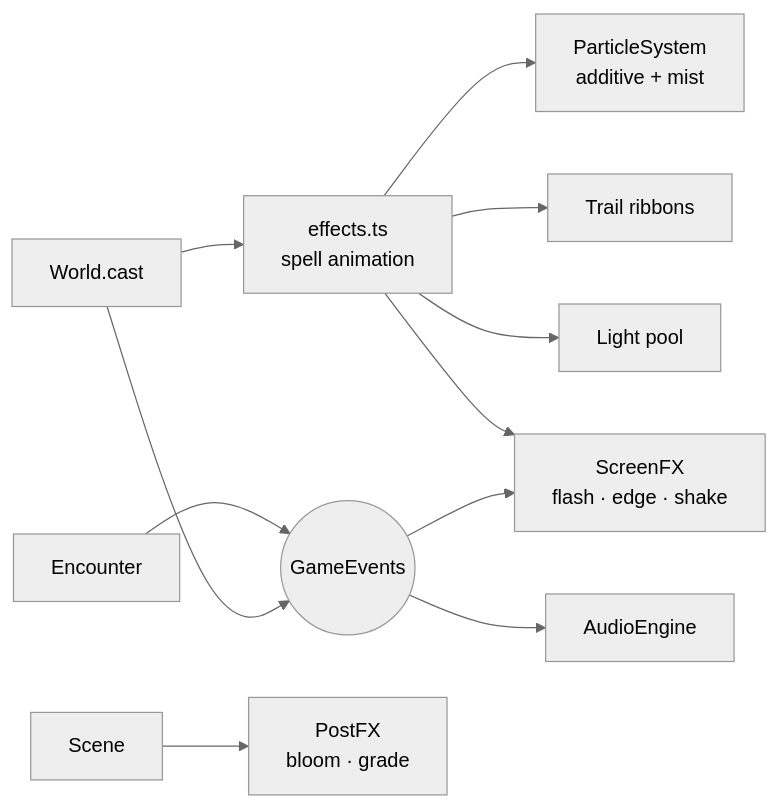
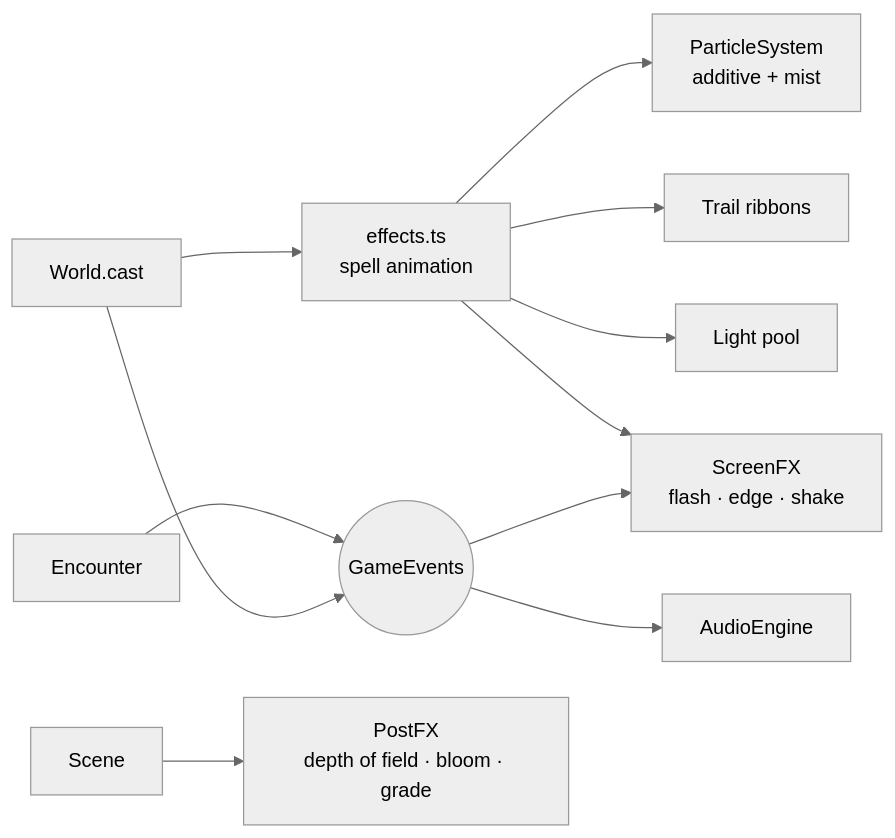
One commit to rishabh4884/ARcane changed the second of 2 diagrams in docs/ARCHITECTURE.md. Above: the diagram before and after it, drawn with Mermaid (neutral theme). The commit also changed other lines of this file and 9 other files, not shown here.

````diff
--- a/docs/ARCHITECTURE.md
+++ b/docs/ARCHITECTURE.md
@@ -76,13 +76,13 @@
 ```mermaid
 flowchart LR
   cast[World.cast] --> fx[effects.ts<br/>spell animation]
   fx --> ps[ParticleSystem<br/>additive + mist]
   fx --> tr[Trail ribbons]
   fx --> lp[Light pool]
   fx --> sf[ScreenFX<br/>flash · edge · shake]
   enc[Encounter] --> ev((GameEvents))
   cast --> ev
   ev --> au[AudioEngine]
   ev --> sf
-  scene[Scene] --> post[PostFX<br/>bloom · grade]
+  scene[Scene] --> post[PostFX<br/>depth of field · bloom · grade]
 ```
````
